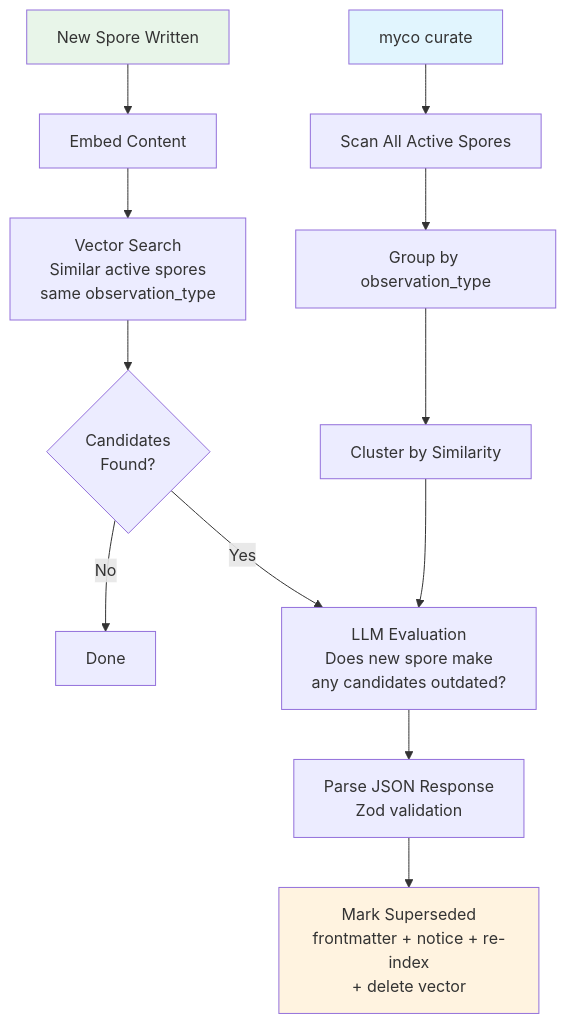
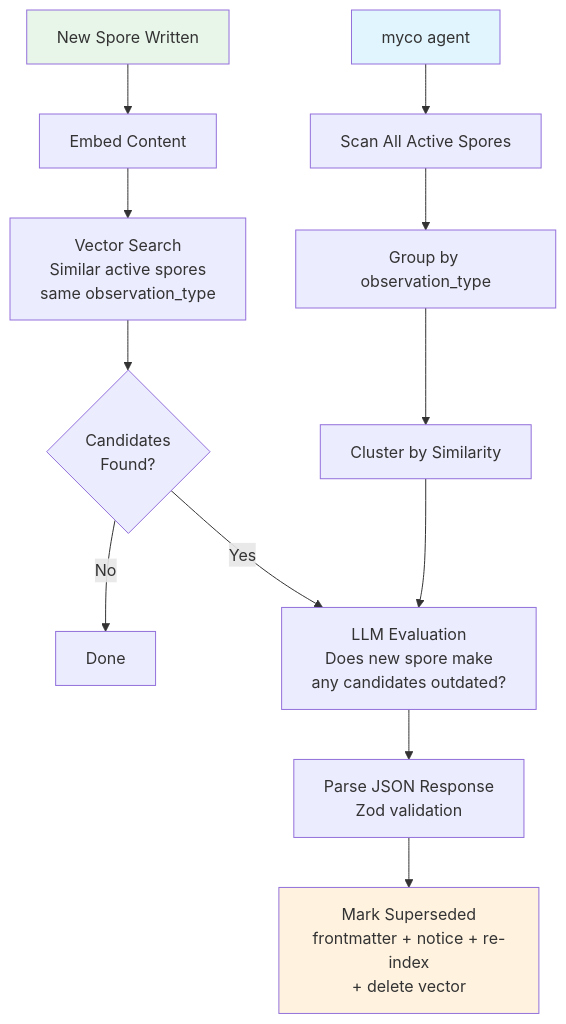
Before and after one commit to goondocks-co/myco: the fourth of 9 diagrams in docs/lifecycle.md, drawn with Mermaid. The commit also changed other lines of this file and 157 other files, not shown here.

````diff
--- a/docs/lifecycle.md
+++ b/docs/lifecycle.md
@@ -123,19 +123,19 @@
 ```mermaid
 flowchart TD
     Write[New Spore Written] --> Embed2[Embed Content]
     Embed2 --> Search[Vector Search<br/>Similar active spores<br/>same observation_type]
     Search --> Candidates{Candidates<br/>Found?}
     Candidates -->|No| Done[Done]
     Candidates -->|Yes| LLM[LLM Evaluation<br/>Does new spore make<br/>any candidates outdated?]
     LLM --> Parse[Parse JSON Response<br/>Zod validation]
     Parse --> Supersede[Mark Superseded<br/>frontmatter + notice + re-index<br/>+ delete vector]
 
-    CLI[myco curate] --> Scan[Scan All Active Spores]
+    CLI[myco agent] --> Scan[Scan All Active Spores]
     Scan --> Group[Group by observation_type]
     Group --> Cluster[Cluster by Similarity]
     Cluster --> LLM
 
     style Write fill:#e8f5e9
     style CLI fill:#e1f5fe
     style Supersede fill:#fff3e0
 ```
````
